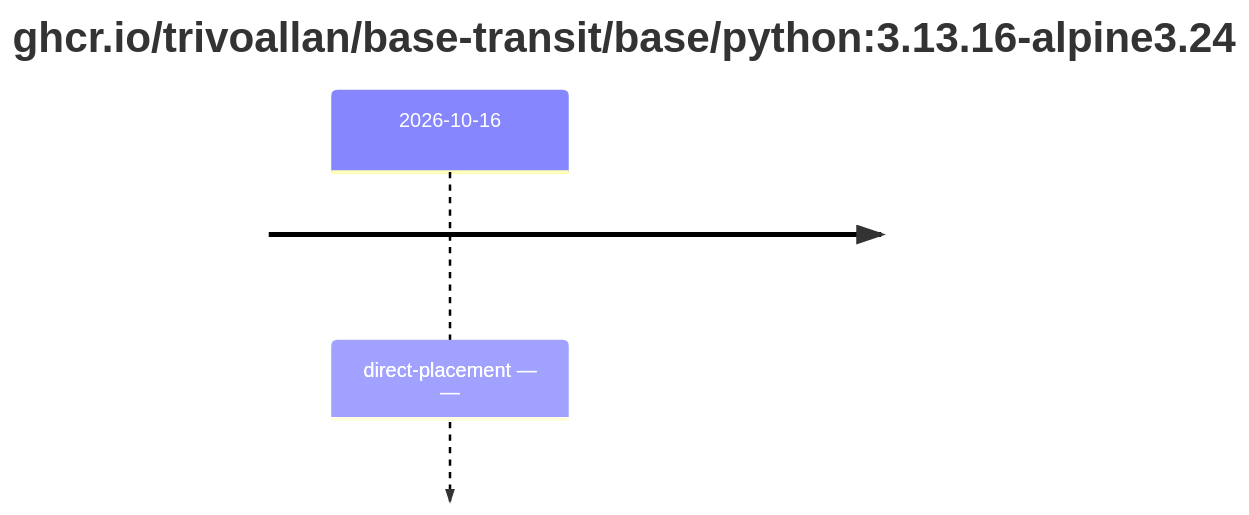
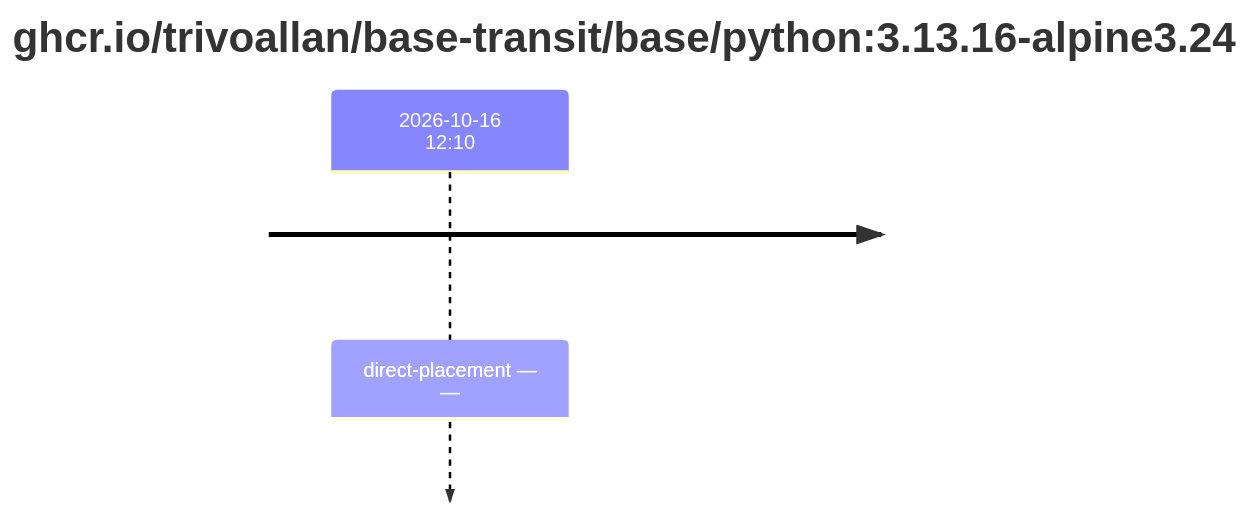
The second of 4 diagrams in results/reports/base-python-3/sha256:9d22624f81e89f73a84c60a309b9af2a2d8d81a05e79e285e2217b2f947f5205.md (trivoallan/base-images), drawn with Mermaid before and after one commit. The commit also changed other lines of this file and 12 other files, not shown here.

````diff
--- a/results/reports/base-python-3/sha256:9d22624f81e89f73a84c60a309b9af2a2d8d81a05e79e285e2217b2f947f5205.md
+++ b/results/reports/base-python-3/sha256:9d22624f81e89f73a84c60a309b9af2a2d8d81a05e79e285e2217b2f947f5205.md
@@ -19,5 +19,5 @@
 ```mermaid
 timeline
     title ghcr.io/trivoallan/base-transit/base/python#58;3.13.16-alpine3.24
-    2026-10-16 : direct-placement — —
+    2026-10-16 12#58;10 : direct-placement — —
 ```
````
